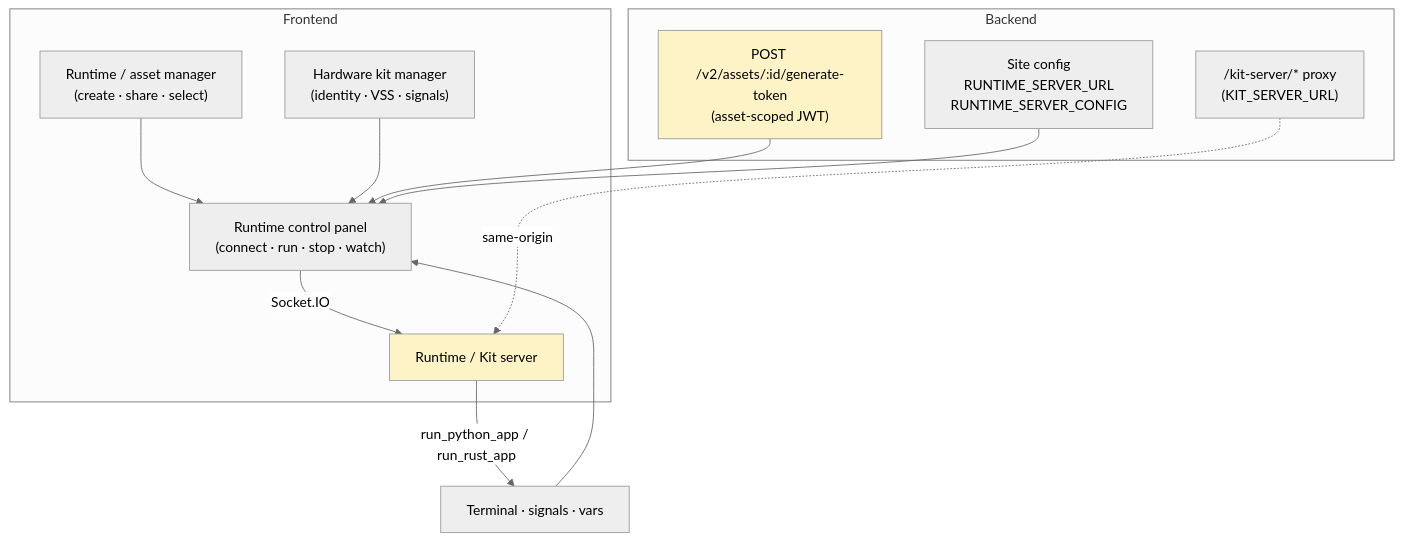
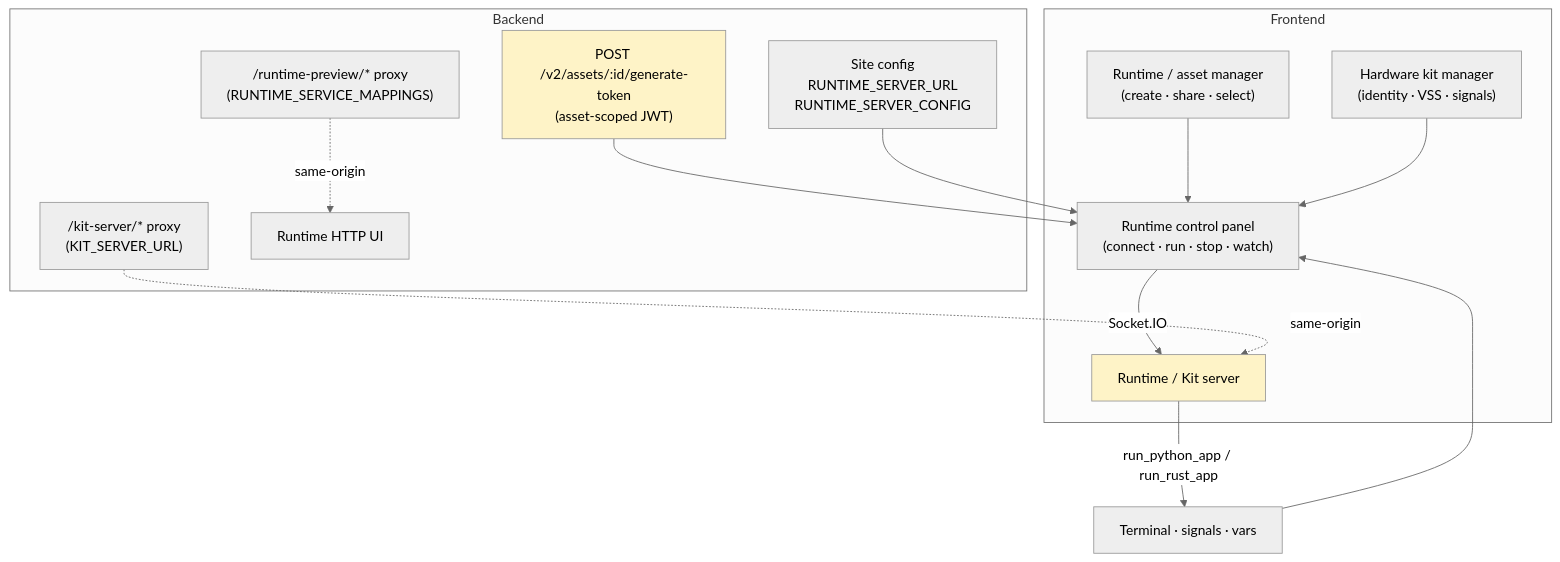
The first of 5 diagrams in docs/capabilities/runtime-hardware-kits.md (eclipse-autowrx/autowrx), drawn with Mermaid (neutral theme) before and after one commit. The commit also changed other lines of this file and 11 other files, not shown here.

````diff
--- a/docs/capabilities/runtime-hardware-kits.md
+++ b/docs/capabilities/runtime-hardware-kits.md
@@ -7,17 +7,18 @@
 ```mermaid
 flowchart TD
     subgraph Frontend
         A["Runtime control panel<br/>(connect · run · stop · watch)"] -->|Socket.IO| RT
         M["Runtime / asset manager<br/>(create · share · select)"] --> A
         H["Hardware kit manager<br/>(identity · VSS · signals)"] --> A
     end
     subgraph Backend
         T["POST /v2/assets/:id/generate-token<br/>(asset-scoped JWT)"] --> A
         P["/kit-server/* proxy<br/>(KIT_SERVER_URL)"] -.->|same-origin| RT
+        PV["/runtime-preview/* proxy<br/>(RUNTIME_SERVICE_MAPPINGS)"] -.->|same-origin| KITUI["Runtime HTTP UI"]
         S["Site config<br/>RUNTIME_SERVER_URL<br/>RUNTIME_SERVER_CONFIG"] --> A
     end
     RT["Runtime / Kit server"] -->|run_python_app / run_rust_app| OUT["Terminal · signals · vars"]
     OUT --> A
     style RT fill:#fef3c7
     style T fill:#fef3c7
 ```
````
